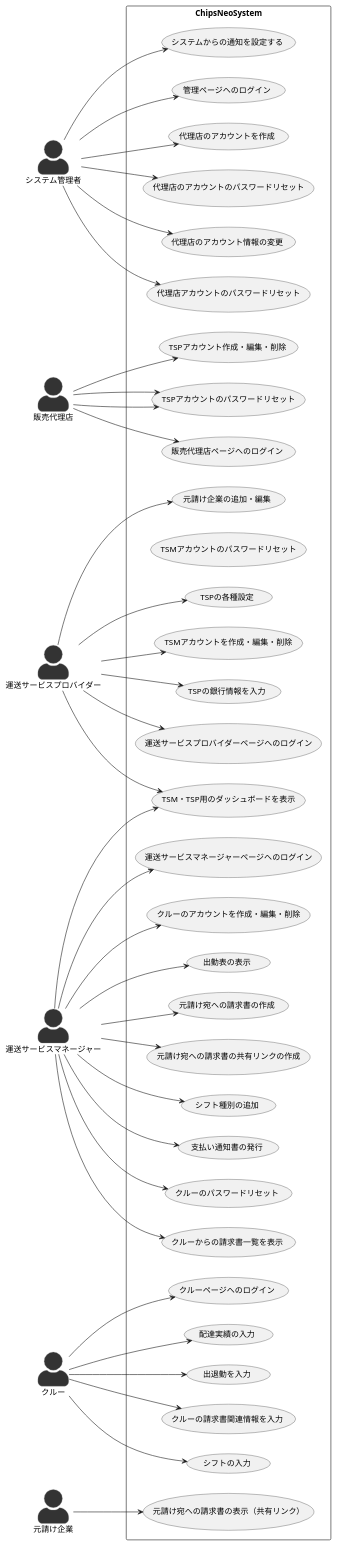
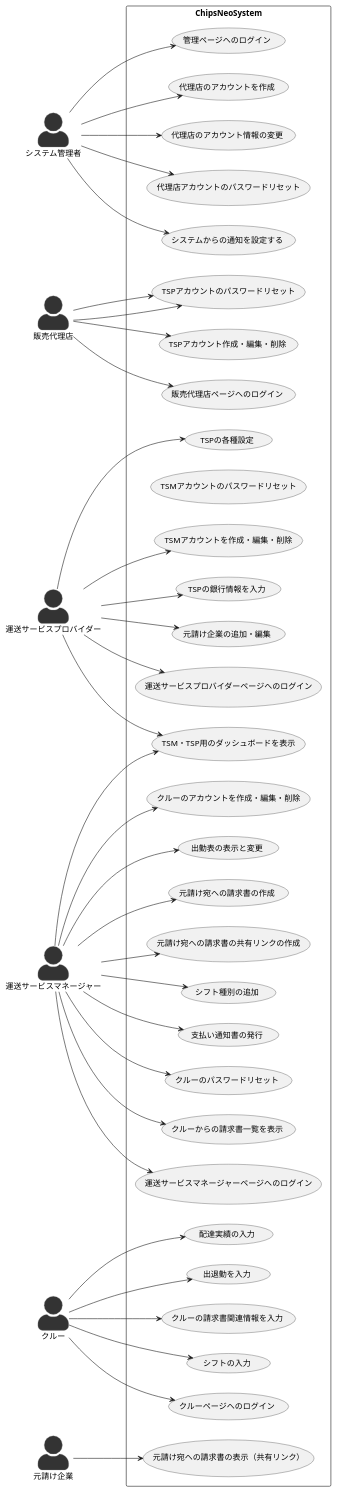
Before and after one commit to IsseiClockWise/NeoMaterials: the diagram in requirement/usecase.md, drawn with PlantUML. The commit also changed other lines of this file, not shown here.

```diff
--- a/requirement/usecase.md
+++ b/requirement/usecase.md
@@ -22,7 +22,6 @@
     usecase "販売代理店ページへのログイン" 
     usecase "運送サービスプロバイダーページへのログイン"
     usecase "代理店のアカウントを作成"
-    usecase "代理店のアカウントのパスワードリセット"
     usecase "代理店のアカウント情報の変更"
     usecase "代理店アカウントのパスワードリセット"
     usecase "TSPアカウント作成・編集・削除"
@@ -45,17 +44,15 @@
     usecase "システムからの通知を設定する"
     usecase "TSM・TSP用のダッシュボードを表示"
     usecase "クルーからの請求書一覧を表示"
-    usecase "出勤表の表示"
+    usecase "出勤表の表示と変更"
     usecase "支払い通知書の発行"
     usecase "クルーのパスワードリセット"
     usecase "TSPの各種設定"
-
 }
 
 
 admin --> "管理ページへのログイン"
 admin --> "代理店のアカウントを作成"
-admin --> "代理店のアカウントのパスワードリセット"
 admin --> "代理店のアカウント情報の変更"
 admin --> "代理店アカウントのパスワードリセット"
 admin --> "システムからの通知を設定する"
@@ -82,7 +79,7 @@
 trans_service_manager --> "元請け宛への請求書の共有リンクの作成"
 trans_service_manager --> "シフト種別の追加"
 trans_service_manager --> "クルーからの請求書一覧を表示"
-trans_service_manager --> "出勤表の表示"
+trans_service_manager --> "出勤表の表示と変更"
 trans_service_manager --> "支払い通知書の発行"
 trans_service_manager --> "クルーのパスワードリセット"
 
```
